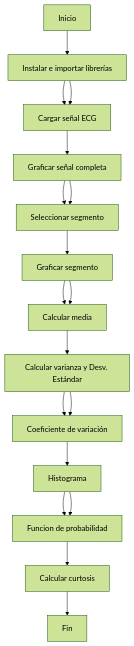
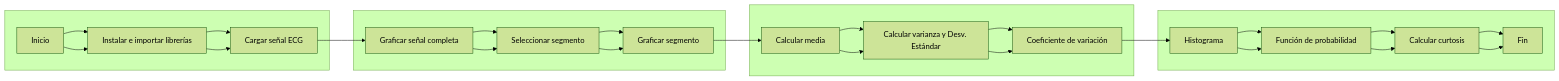
Before and after one commit to LauraDaniela09/Laboratorio-1--estadistica: the diagram in README.md, drawn with Mermaid (forest theme).

````diff
--- a/README.md
+++ b/README.md
@@ -7,21 +7,27 @@
 ```mermaid
-flowchart TB
-    A[Inicio] --> B[Instalar e importar librerías]
-    B --> C[Cargar señal ECG]
+flowchart LR
+    A[Inicio] --> B[Instalar e importar librerías] --> C[Cargar señal ECG]
     C --> D[Graficar señal completa]
-    D --> E[Seleccionar segmento]
-    E --> F[Graficar segmento]
+    D --> E[Seleccionar segmento] --> F[Graficar segmento]
     F --> G[Calcular media]
-    G --> H[Calcular varianza y Desv. Estándar]
-    H --> I[Coeficiente de variación]
+    G --> H[Calcular varianza y Desv. Estándar] --> I[Coeficiente de variación]
     I --> J[Histograma]
-    J --> K[Funcion de probabilidad]
-    K --> L[Calcular curtosis]
-    L --> M[Fin]
-  %% Posicionamiento para hacer zigzag visual
-    B --> C
-    D -->| | E
-    F -->| | G
-    H -->| | I
-    J -->| | K
+    J --> K[Función de probabilidad] --> L[Calcular curtosis] --> M[Fin]
+
+    %% Forzar saltos de línea con subgrafos invisibles
+    subgraph fila1 [ ]
+        A --> B --> C
+    end
+
+    subgraph fila2 [ ]
+        D --> E --> F
+    end
+
+    subgraph fila3 [ ]
+        G --> H --> I
+    end
+
+    subgraph fila4 [ ]
+        J --> K --> L --> M
+    end
 ```
````
